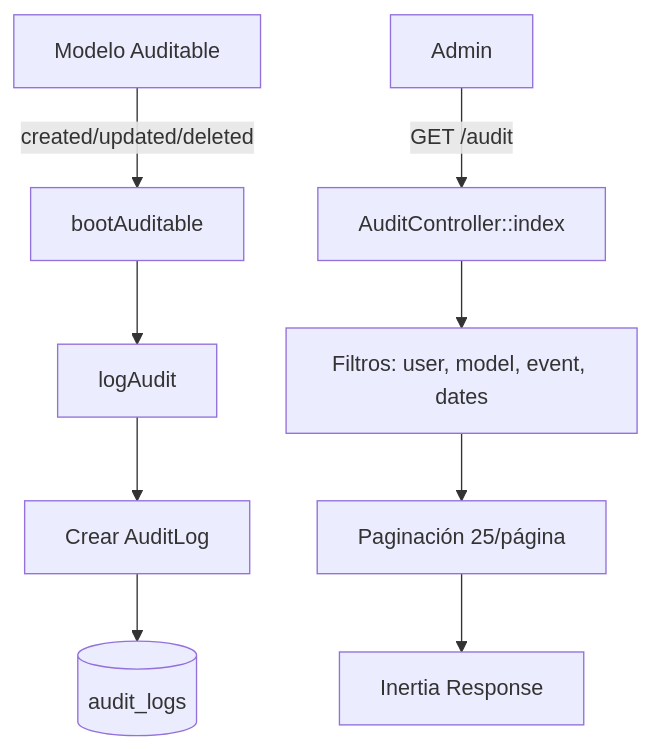
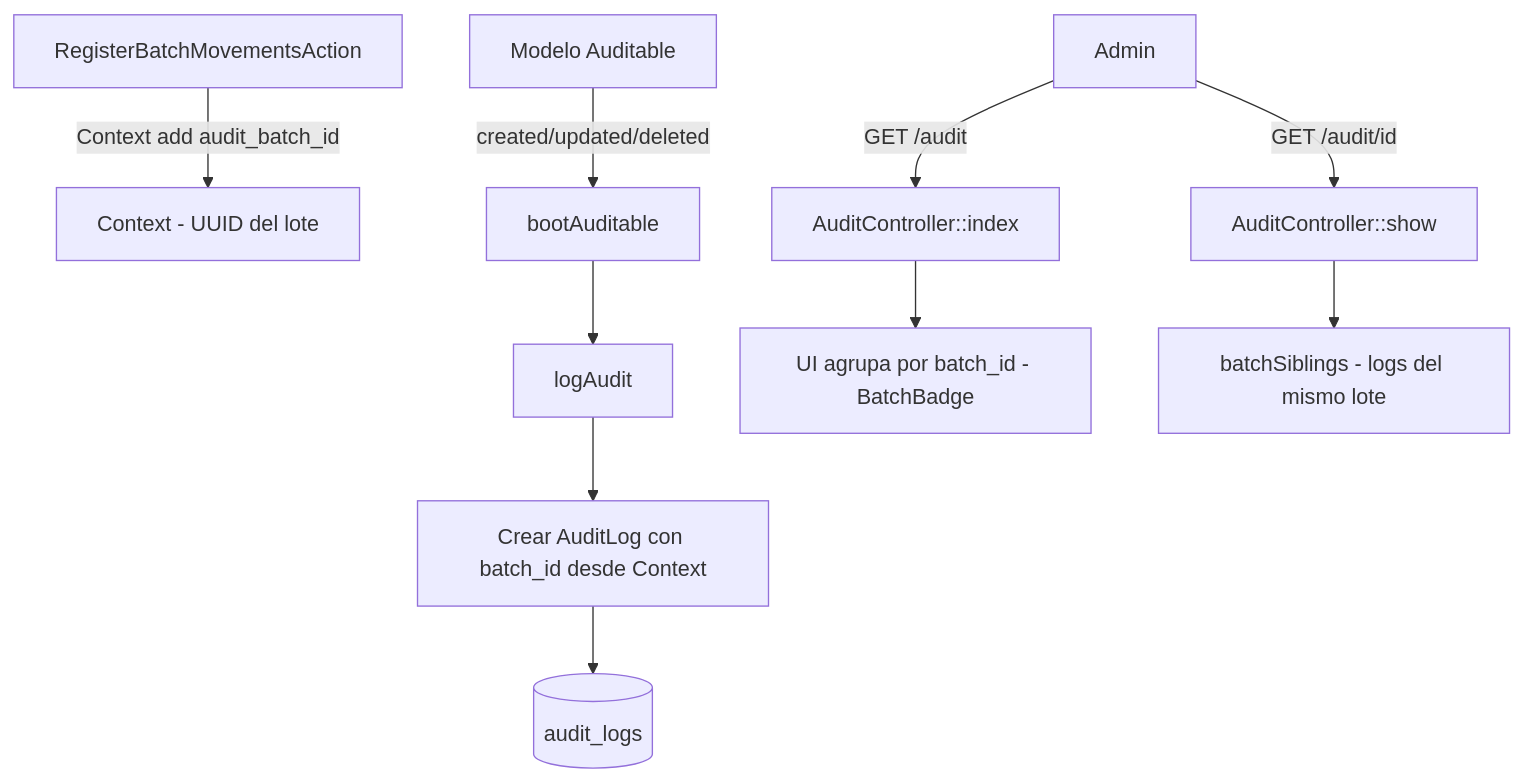
One commit to Enrrill/Inventario-Crud changed the second of 2 diagrams in docs/06-reporte-auditoria.md. Above: the diagram before and after it, drawn with Mermaid. The commit also changed other lines of this file and 15 other files, not shown here.

````diff
--- a/docs/06-reporte-auditoria.md
+++ b/docs/06-reporte-auditoria.md
@@ -113,12 +124,13 @@
 ```mermaid
 flowchart TD
+    Batch[RegisterBatchMovementsAction] -->|Context add audit_batch_id| Ctx[Context - UUID del lote]
     Model[Modelo Auditable] -->|created/updated/deleted| Boot[bootAuditable]
     Boot --> LogAudit[logAudit]
-    LogAudit --> AuditLog[Crear AuditLog]
+    LogAudit --> AuditLog[Crear AuditLog con batch_id desde Context]
     AuditLog --> DB[(audit_logs)]
 
     Admin[Admin] -->|GET /audit| AuditIndex[AuditController::index]
-    AuditIndex --> Filters[Filtros: user, model, event, dates]
-    Filters --> Paginate[Paginación 25/página]
-    Paginate --> Response[Inertia Response]
+    AuditIndex --> Group[UI agrupa por batch_id - BatchBadge]
+    Admin -->|GET /audit/id| AuditShow[AuditController::show]
+    AuditShow --> Siblings[batchSiblings - logs del mismo lote]
 ```
````
